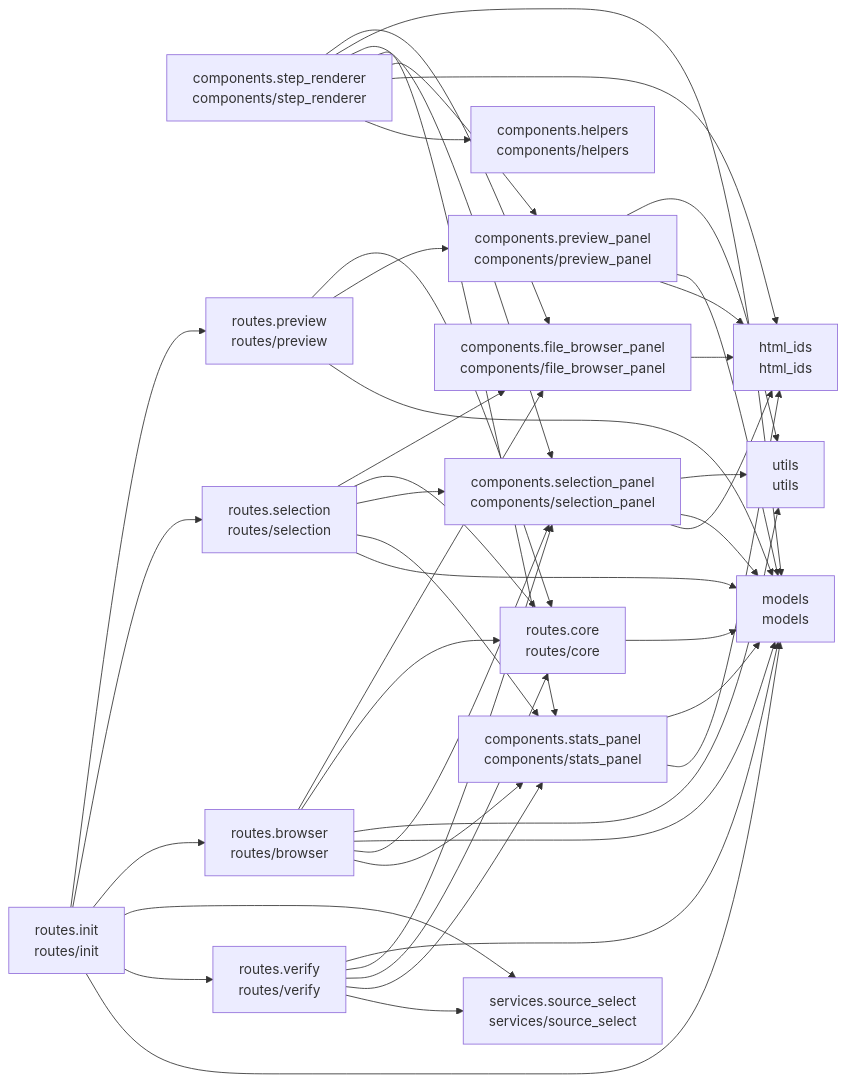
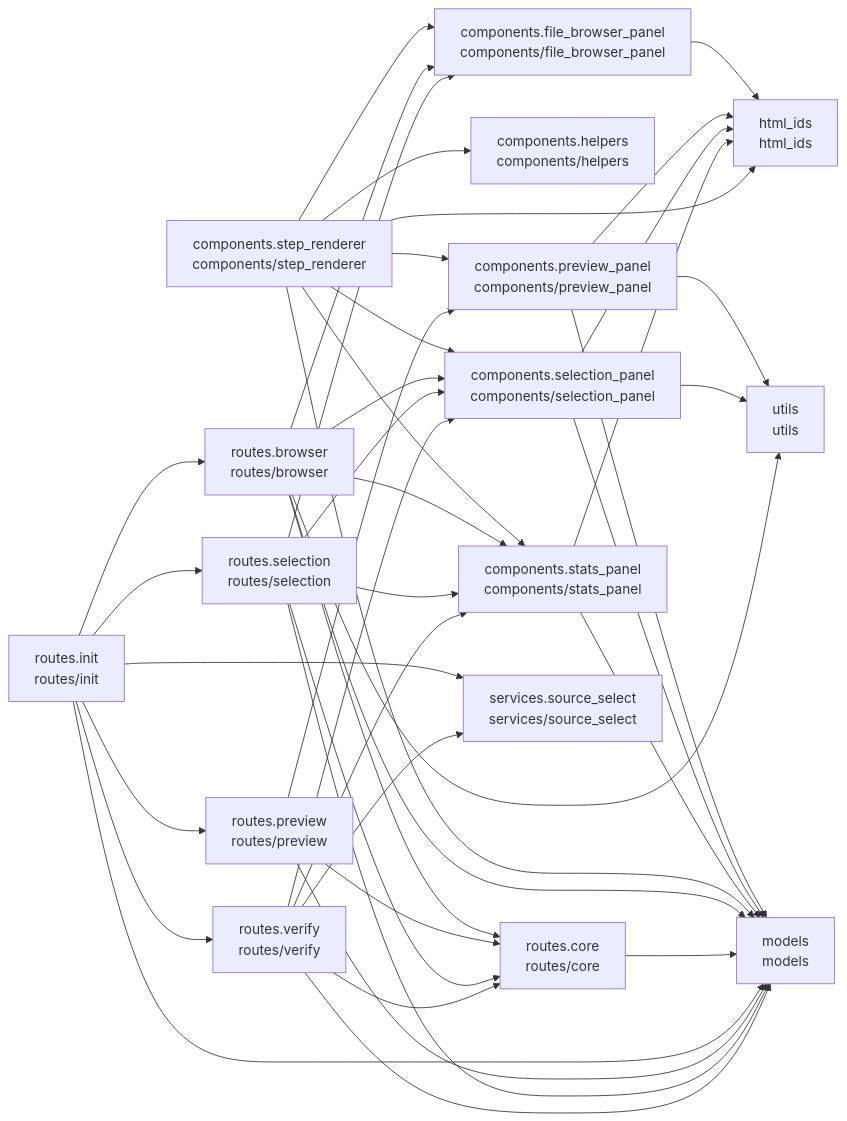
Before and after one commit to cj-mills/cjm-transcription-source-select: the diagram in README.md, drawn with Mermaid. The commit also changed other lines of this file and 5 other files, not shown here.

````diff
--- a/README.md
+++ b/README.md
@@ -39,62 +39,62 @@
 ``` mermaid
 graph LR
     components_file_browser_panel[components.file_browser_panel<br/>components/file_browser_panel]
     components_helpers[components.helpers<br/>components/helpers]
     components_preview_panel[components.preview_panel<br/>components/preview_panel]
     components_selection_panel[components.selection_panel<br/>components/selection_panel]
     components_stats_panel[components.stats_panel<br/>components/stats_panel]
     components_step_renderer[components.step_renderer<br/>components/step_renderer]
     html_ids[html_ids<br/>html_ids]
     models[models<br/>models]
     routes_browser[routes.browser<br/>routes/browser]
     routes_core[routes.core<br/>routes/core]
     routes_init[routes.init<br/>routes/init]
     routes_preview[routes.preview<br/>routes/preview]
     routes_selection[routes.selection<br/>routes/selection]
     routes_verify[routes.verify<br/>routes/verify]
     services_source_select[services.source_select<br/>services/source_select]
     utils[utils<br/>utils]
 
     components_file_browser_panel --> html_ids
     components_preview_panel --> utils
+    components_preview_panel --> html_ids
     components_preview_panel --> models
-    components_preview_panel --> html_ids
     components_selection_panel --> utils
     components_selection_panel --> models
     components_selection_panel --> html_ids
     components_stats_panel --> models
     components_stats_panel --> html_ids
     components_step_renderer --> components_file_browser_panel
+    components_step_renderer --> components_stats_panel
     components_step_renderer --> models
+    components_step_renderer --> html_ids
     components_step_renderer --> components_selection_panel
-    components_step_renderer --> components_stats_panel
+    components_step_renderer --> components_helpers
     components_step_renderer --> components_preview_panel
-    components_step_renderer --> html_ids
-    components_step_renderer --> components_helpers
     routes_browser --> components_file_browser_panel
     routes_browser --> routes_core
+    routes_browser --> components_stats_panel
+    routes_browser --> models
     routes_browser --> utils
-    routes_browser --> models
     routes_browser --> components_selection_panel
-    routes_browser --> components_stats_panel
     routes_core --> models
+    routes_init --> routes_selection
+    routes_init --> services_source_select
+    routes_init --> models
+    routes_init --> routes_browser
+    routes_init --> routes_verify
     routes_init --> routes_preview
-    routes_init --> routes_selection
-    routes_init --> routes_browser
-    routes_init --> services_source_select
-    routes_init --> routes_verify
-    routes_init --> models
     routes_preview --> routes_core
+    routes_preview --> models
     routes_preview --> components_preview_panel
-    routes_preview --> models
     routes_selection --> components_file_browser_panel
     routes_selection --> routes_core
-    routes_selection --> components_selection_panel
     routes_selection --> components_stats_panel
     routes_selection --> models
-    routes_verify --> models
-    routes_verify --> components_selection_panel
+    routes_selection --> components_selection_panel
     routes_verify --> routes_core
     routes_verify --> components_stats_panel
     routes_verify --> services_source_select
+    routes_verify --> models
+    routes_verify --> components_selection_panel
 ```
````
